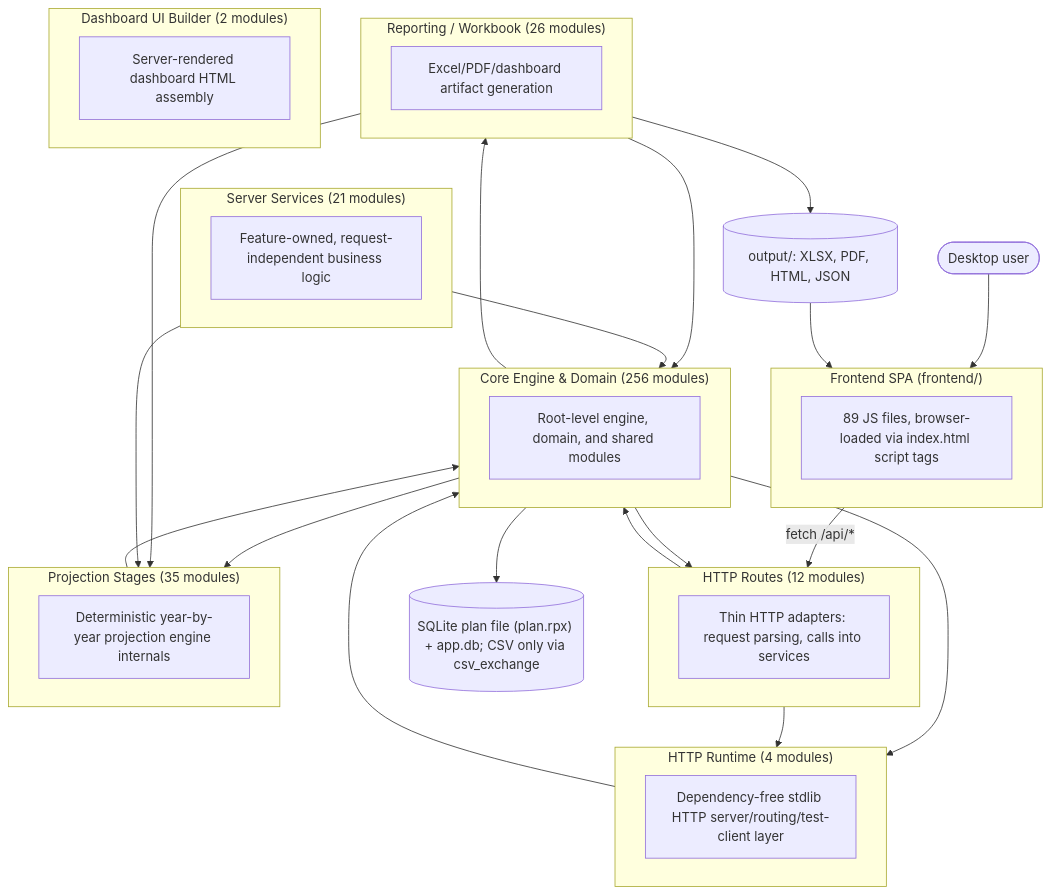
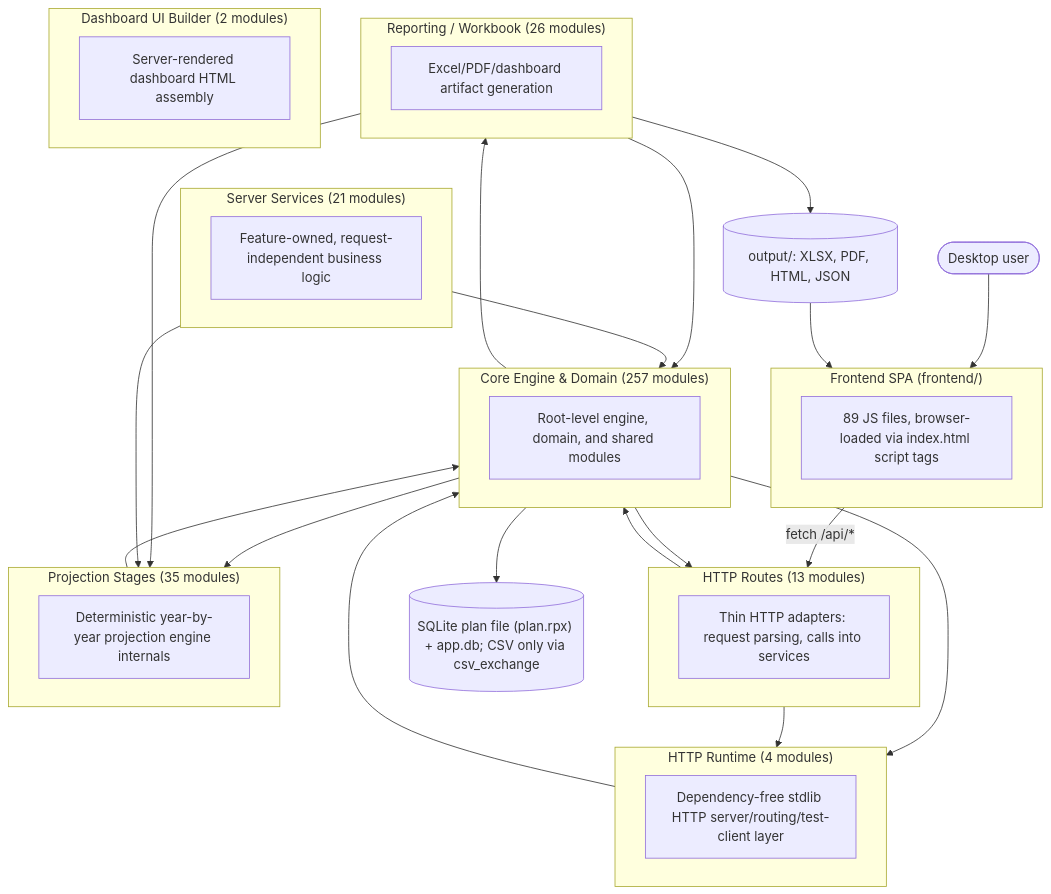
The first of 2 diagrams in documentation/reference/SYSTEM_ARCHITECTURE_DIAGRAM.md (matthartzman/retirement_system), drawn with Mermaid before and after one commit. The commit also changed other lines of this file and 3 other files, not shown here.

Commit message:
Isolation gate covers Monarch uploads, secrets and the shared key; elevated rotation test; inventory and diagram

````diff
--- a/documentation/reference/SYSTEM_ARCHITECTURE_DIAGRAM.md
+++ b/documentation/reference/SYSTEM_ARCHITECTURE_DIAGRAM.md
@@ -11,44 +11,44 @@
 ```mermaid
 flowchart TB
     User(["Desktop user"]) --> FE
     subgraph FE["Frontend SPA (frontend/)"]
         FEcount["89 JS files, browser-loaded via index.html script tags"]
     end
     FE -->|fetch /api/*| L_HTTP_Routes
-    subgraph L_HTTP_Routes["HTTP Routes (12 modules)"]
+    subgraph L_HTTP_Routes["HTTP Routes (13 modules)"]
         L_HTTP_Routes_d["Thin HTTP adapters: request parsing, calls into services"]
     end
     subgraph L_Server_Services["Server Services (21 modules)"]
         L_Server_Services_d["Feature-owned, request-independent business logic"]
     end
     subgraph L_HTTP_Runtime["HTTP Runtime (4 modules)"]
         L_HTTP_Runtime_d["Dependency-free stdlib HTTP server/routing/test-client layer"]
     end
-    subgraph L_Core_Engine___Domain["Core Engine & Domain (256 modules)"]
+    subgraph L_Core_Engine___Domain["Core Engine & Domain (257 modules)"]
         L_Core_Engine___Domain_d["Root-level engine, domain, and shared modules"]
     end
     subgraph L_Projection_Stages["Projection Stages (35 modules)"]
         L_Projection_Stages_d["Deterministic year-by-year projection engine internals"]
     end
     subgraph L_Reporting___Workbook["Reporting / Workbook (26 modules)"]
         L_Reporting___Workbook_d["Excel/PDF/dashboard artifact generation"]
     end
     subgraph L_Dashboard_UI_Builder["Dashboard UI Builder (2 modules)"]
         L_Dashboard_UI_Builder_d["Server-rendered dashboard HTML assembly"]
     end
     L_Core_Engine___Domain --> L_HTTP_Routes
     L_Core_Engine___Domain --> L_HTTP_Runtime
     L_Core_Engine___Domain --> L_Projection_Stages
     L_Core_Engine___Domain --> L_Reporting___Workbook
     L_HTTP_Routes --> L_Core_Engine___Domain
     L_HTTP_Routes --> L_HTTP_Runtime
     L_HTTP_Runtime --> L_Core_Engine___Domain
     L_Projection_Stages --> L_Core_Engine___Domain
     L_Reporting___Workbook --> L_Core_Engine___Domain
     L_Reporting___Workbook --> L_Projection_Stages
     L_Server_Services --> L_Core_Engine___Domain
     L_Server_Services --> L_Projection_Stages
     L_Core_Engine___Domain --> DB[("SQLite plan file (plan.rpx) + app.db; CSV only via csv_exchange")]
     L_Reporting___Workbook --> Outputs[("output/: XLSX, PDF, HTML, JSON")]
     Outputs --> FE
 ```
````
